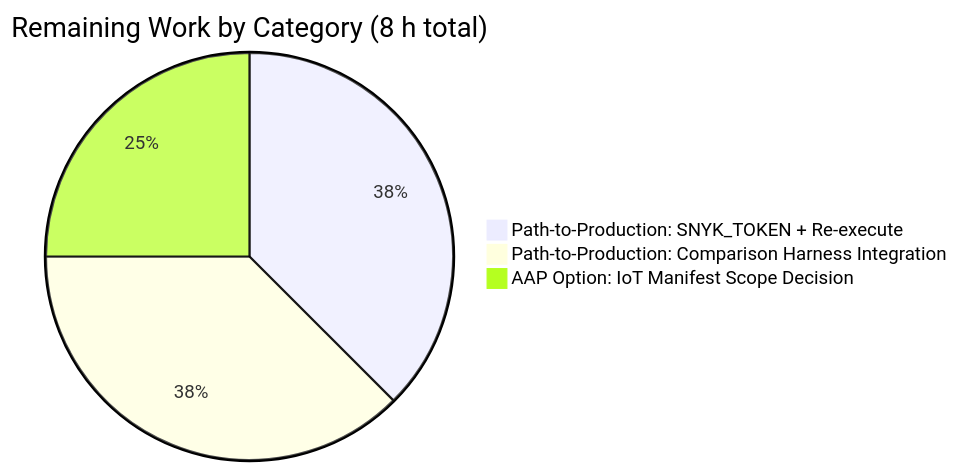
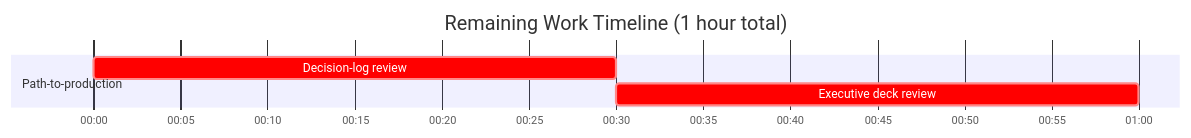
One commit to Blitzy-Sandbox/blitzy-odoo changed the fifth of 5 diagrams in blitzy/documentation/Project Guide.md. Above: the diagram before and after it, drawn with Mermaid. The commit also changed other lines of this file, not shown here.

Commit message:
Adding Blitzy Project Guide: Project Status and Human Tasks Remaining

````diff
--- a/blitzy/documentation/Project Guide.md
+++ b/blitzy/documentation/Project Guide.md
@@ -268,6 +258,9 @@
 ```mermaid
-pie title Remaining Work by Category (8 h total)
-    "Path-to-Production: SNYK_TOKEN + Re-execute" : 3
-    "Path-to-Production: Comparison Harness Integration" : 3
-    "AAP Option: IoT Manifest Scope Decision" : 2
+gantt
+    title Remaining Work Timeline (1 hour total)
+    dateFormat  HH:mm
+    axisFormat  %H:%M
+    section Path-to-production
+    Decision-log review        :crit, dlog, 00:00, 30m
+    Executive deck review      :crit, deck, after dlog, 30m
 ```
````
